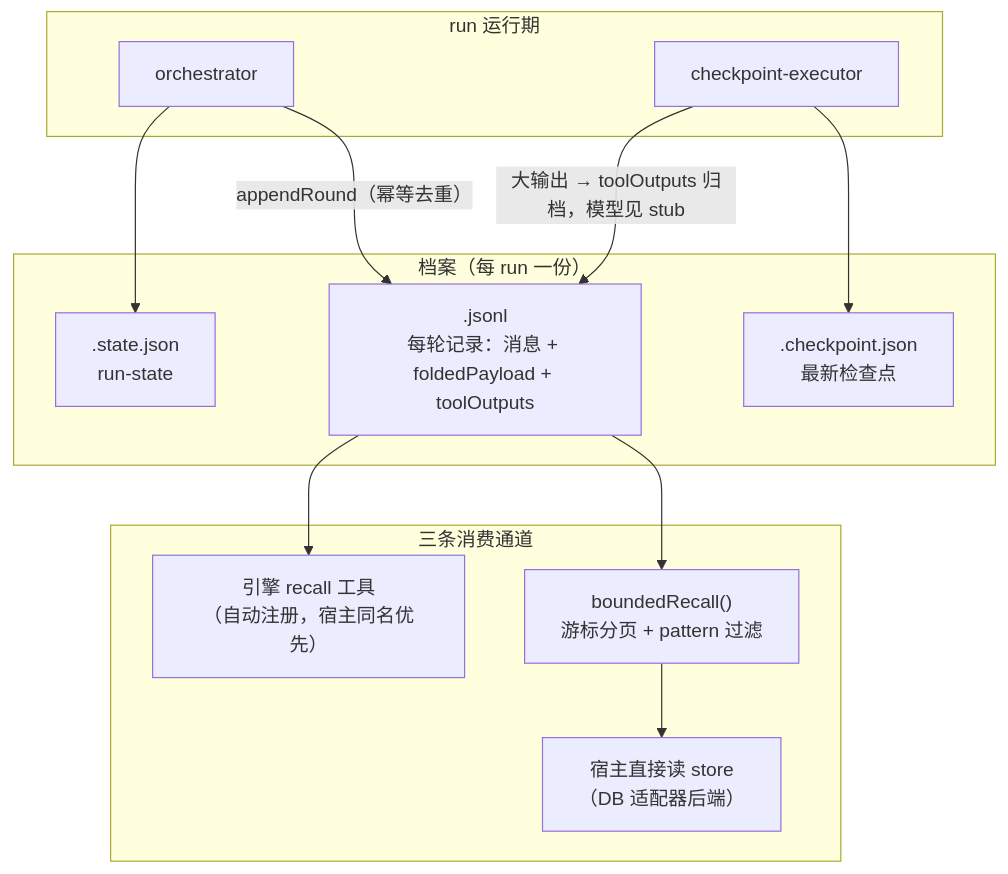
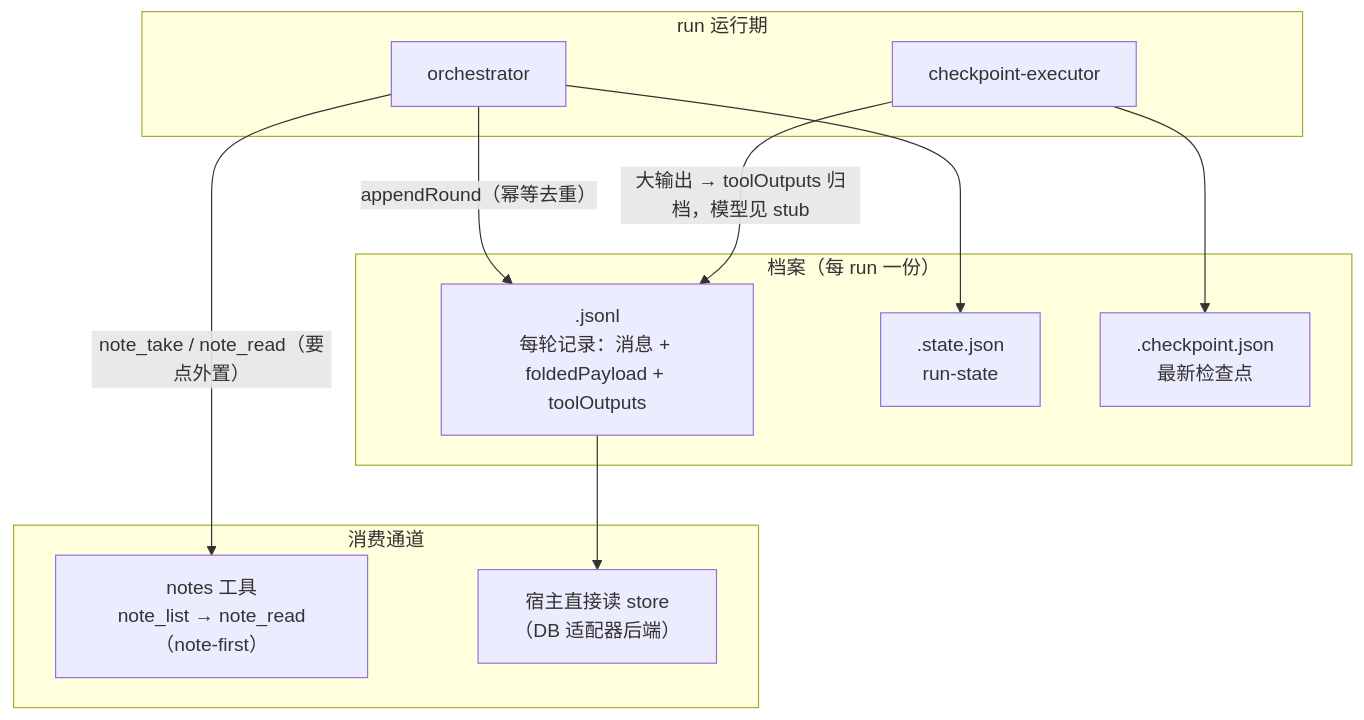
One commit to ErixWong/erix-agent changed the fifth of 5 diagrams in docs/charts_cn.md. Above: the diagram before and after it, drawn with Mermaid. The commit also changed other lines of this file and 1 other file, not shown here.

First line of the commit message:
docs: charts 双语版同步 recall 退役（note-first 取回，issue #36）

````diff
--- a/docs/charts_cn.md
+++ b/docs/charts_cn.md
@@ -292,27 +289,25 @@
 ```mermaid
 flowchart TB
     subgraph run["run 运行期"]
         ORC2["orchestrator"]
         CPE2["checkpoint-executor"]
     end
 
     subgraph archive["档案（每 run 一份）"]
         JSONL["<runId>.jsonl<br/>每轮记录：消息 + foldedPayload + toolOutputs"]
         ST["<runId>.state.json<br/>run-state"]
         CK["<runId>.checkpoint.json<br/>最新检查点"]
     end
 
-    subgraph surfaces["三条消费通道"]
-        REC["引擎 recall 工具<br/>（自动注册，宿主同名优先）"]
-        BR2["boundedRecall()<br/>游标分页 + pattern 过滤"]
+    subgraph surfaces["消费通道"]
+        NOTES["notes 工具<br/>note_list → note_read（note-first）"]
         HOST2["宿主直接读 store<br/>（DB 适配器后端）"]
     end
 
     ORC2 -- "appendRound（幂等去重）" --> JSONL
+    ORC2 -- "note_take / note_read（要点外置）" --> NOTES
     ORC2 --> ST
     CPE2 --> CK
     CPE2 -- "大输出 → toolOutputs 归档，模型见 stub" --> JSONL
-    JSONL --> BR2
-    JSONL --> REC
-    BR2 --> HOST2
+    JSONL --> HOST2
 ```
````
